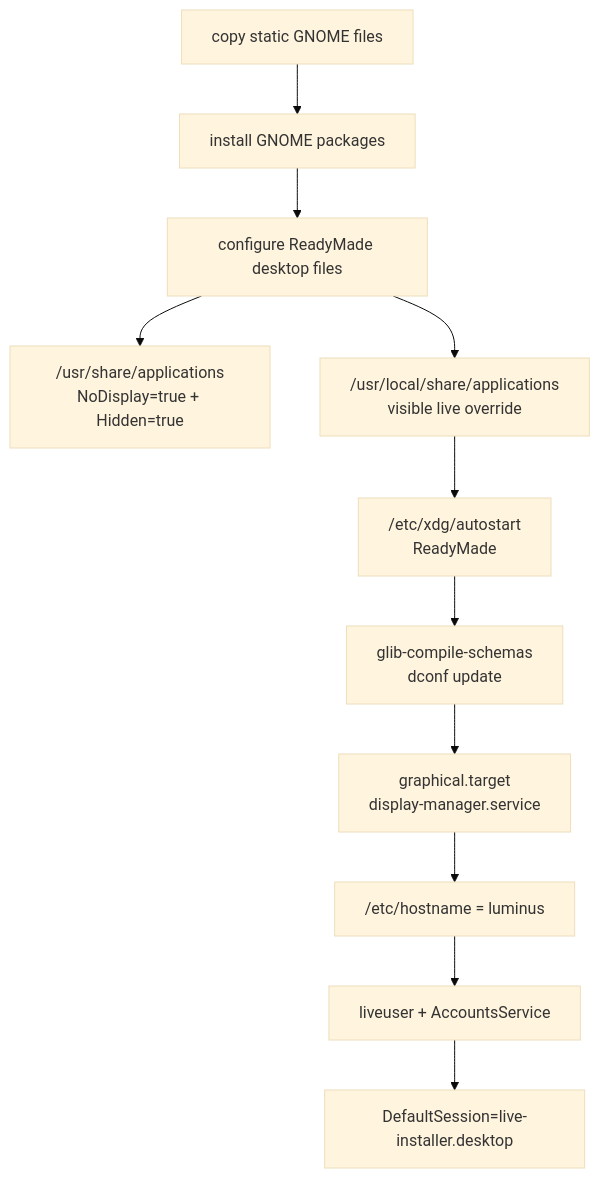
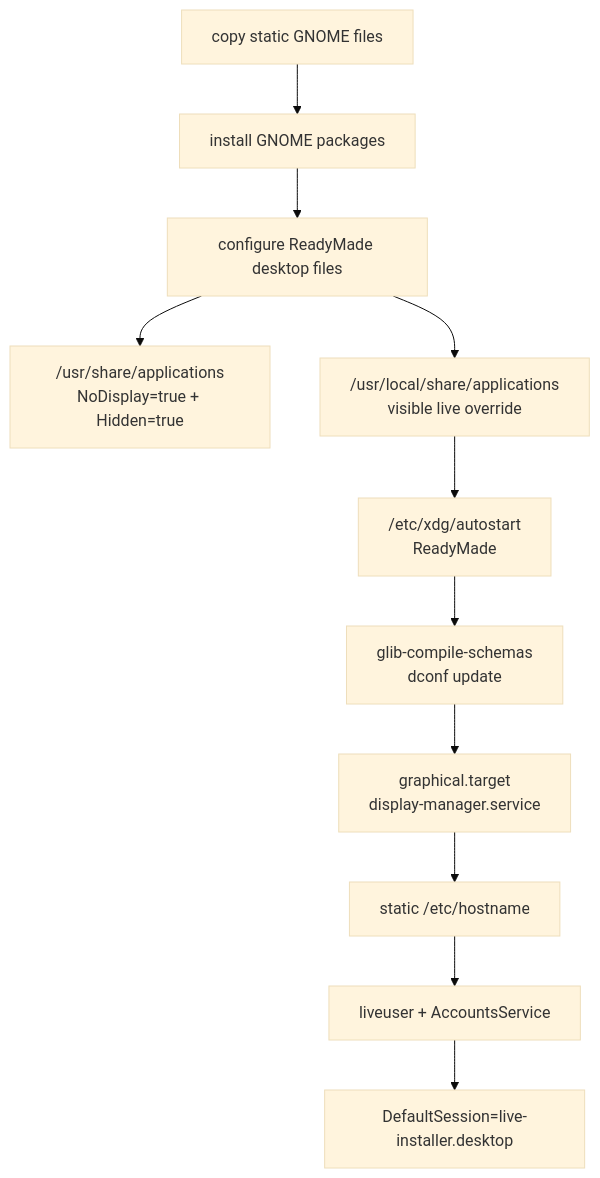
The fifth of 15 diagrams in ARCHITECTURE.md (luminusOS/images), drawn with Mermaid (base theme) before and after one commit. The commit also changed other lines of this file and 23 other files, not shown here.

````diff
--- a/ARCHITECTURE.md
+++ b/ARCHITECTURE.md
@@ -284,19 +298,19 @@
 ```mermaid
 flowchart TD
     Files["copy static GNOME files"]
     Packages["install GNOME packages"]
     ReadyMadeDesktop["configure ReadyMade desktop files"]
     HiddenSystemEntry["/usr/share/applications<br/>NoDisplay=true + Hidden=true"]
     LiveVisibleEntry["/usr/local/share/applications<br/>visible live override"]
     Autostart["/etc/xdg/autostart<br/>ReadyMade"]
     Schemas["glib-compile-schemas<br/>dconf update"]
     GDM["graphical.target<br/>display-manager.service"]
-    Hostname["/etc/hostname = luminus"]
+    Hostname["static /etc/hostname"]
     LiveUser["liveuser + AccountsService"]
     Session["DefaultSession=live-installer.desktop"]
 
     Files --> Packages --> ReadyMadeDesktop
     ReadyMadeDesktop --> HiddenSystemEntry
     ReadyMadeDesktop --> LiveVisibleEntry --> Autostart
     Autostart --> Schemas --> GDM --> Hostname --> LiveUser --> Session
 ```
````
